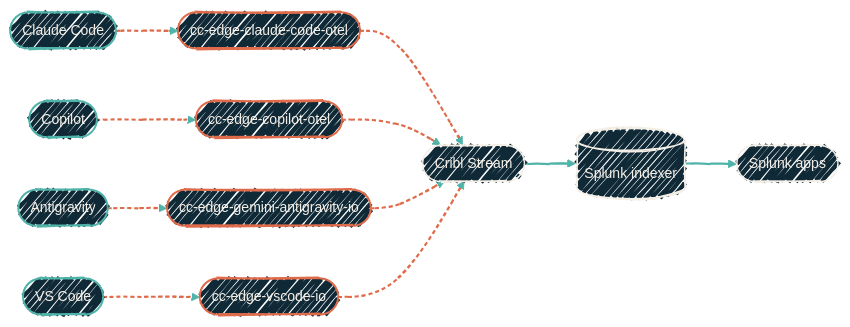
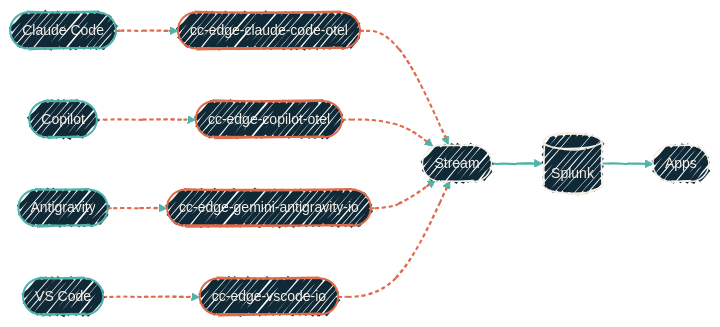
The diagram in observability/overview.mdx (dryvist/docs), drawn with Mermaid before and after one commit. The commit also changed other lines of this file and 10 other files, not shown here.

````diff
--- a/observability/overview.mdx
+++ b/observability/overview.mdx
@@ -18,43 +18,39 @@
 ```mermaid
 %%{init:
   {'theme':'base','look':'handDrawn','themeVariables':{'fontFamily':'Geist','fontSize':'14px','primaryColor':'#102937','primaryTextColor':'#F4EFE6','primaryBorderColor':'#4FB3A9','lineColor':'#4FB3A9','secondaryColor':'#0B1D2A','tertiaryColor':'#1A2A38','clusterBkg':'rgba(79,179,169,0.08)','clusterBorder':'#4FB3A9'}}}%%
   flowchart LR
   Claude([Claude Code])
   Copilot([Copilot])
   Gemini([Antigravity])
   VSC([VS Code])
 
   CCO([cc-edge-claude-code-otel])
   CCP([cc-edge-copilot-otel])
   CAG([cc-edge-gemini-antigravity-io])
   CCV([cc-edge-vscode-io])
 
-  Stream([Cribl Stream])
-  SP[(Splunk indexer)]
-  App([Splunk apps])
+  Stream([Stream])
+  SP[(Splunk)]
+  App([Apps])
 
   Claude --> CCO --> Stream
   Copilot --> CCP --> Stream
   Gemini --> CAG --> Stream
   VSC --> CCV --> Stream
   Stream --> SP --> App
 
   classDef tool  fill:#102937,stroke:#4FB3A9,stroke-width:2px,color:#F4EFE6;
   classDef pack  fill:#102937,stroke:#E06B4A,stroke-width:2px,color:#F4EFE6;
   classDef route fill:#102937,stroke:#F4EFE6,stroke-width:1.5px,color:#F4EFE6;
 
   class Claude,Copilot,Gemini,VSC tool
   class CCO,CCP,CAG,CCV pack
   class Stream,SP,App route
 
   click SP "/observability/repos/ansible-splunk" "Splunk install + indexes"
-  %% Cribl Edge pack repos (CCO/CCP/CAG/CCV) intentionally NOT clickable —
-  %% Mermaid drops the _blank target attribute on flowchart clicks
-  %% ([https://github.com/mermaid-js/mermaid/issues/3077](https://github.com/mermaid-js/mermaid/issues/3077),
-  %% [https://github.com/mermaid-js/mermaid/issues/5550](https://github.com/mermaid-js/mermaid/issues/5550)). The pack repo links
-  %% are listed in the table below this diagram, where Mintlify
-  %% auto-applies target="_blank" to external markdown links.
+  %% Pack nodes stay unlinked because Mermaid omits target=_blank on flowchart clicks.
+  %% The table below links each pack repo. See Mermaid issues #3077 and #5550.
 
   linkStyle 0,1,2,3,4,5,6,7 stroke:#E06B4A,stroke-width:2px,stroke-dasharray:4 3;
   linkStyle 8,9 stroke:#4FB3A9,stroke-width:2px;
 ```
````
